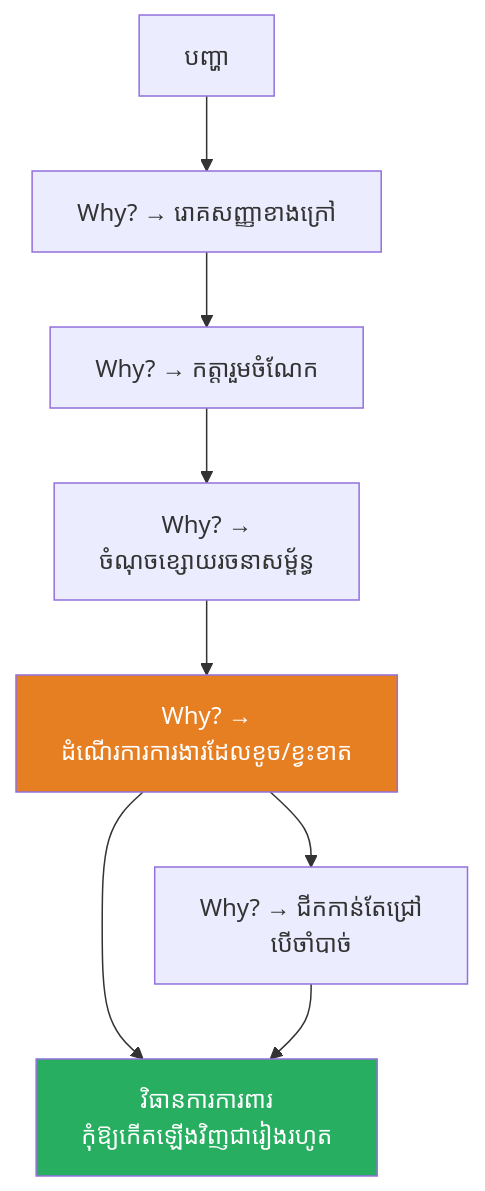
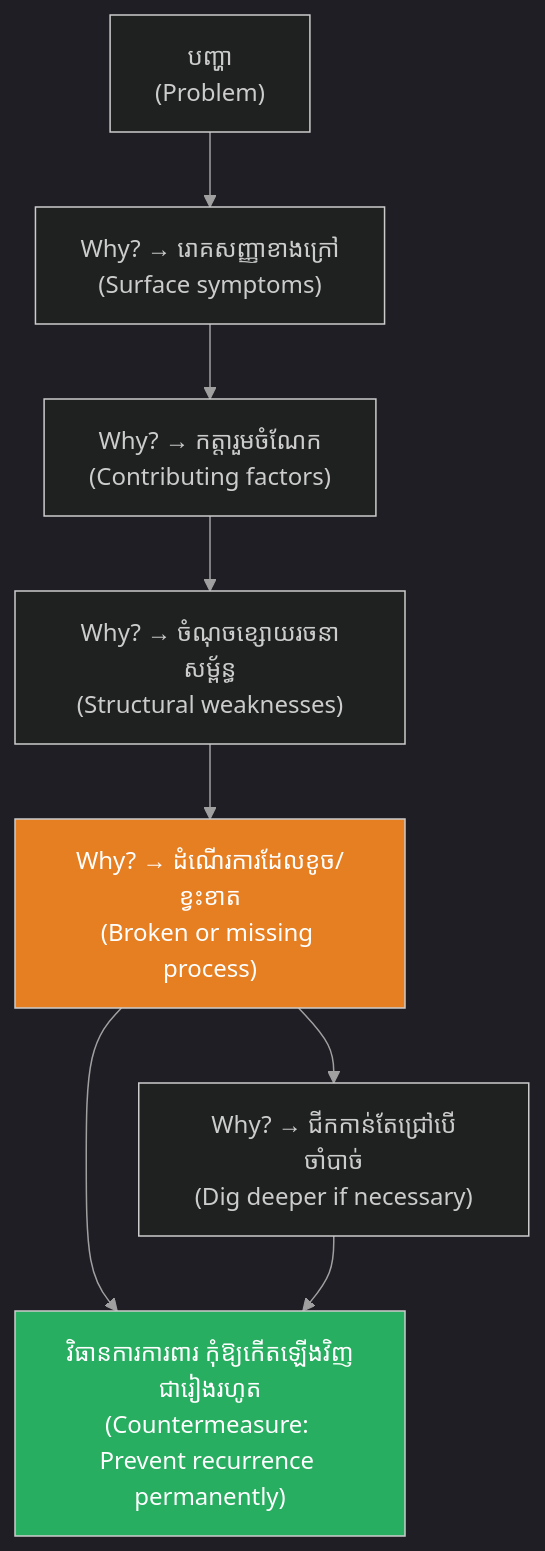
Before and after one commit to GuideStack/iblogger-feeds: the eighth of 8 diagrams in feeds/concepts/articles/02-five-whys-technique.md, drawn with Mermaid. The commit also changed other lines of this file, not shown here.

````diff
--- a/feeds/concepts/articles/02-five-whys-technique.md
+++ b/feeds/concepts/articles/02-five-whys-technique.md
@@ -345,13 +506,22 @@
 ```mermaid
+%%{init: {
+  'theme': 'dark',
+  'themeVariables': {
+    'background': '#1e1e1e',
+    'primaryTextColor': '#ffffff',
+    'lineColor': '#a0a0a0'
+  },
+  'themeCSS': 'svg { background-color: #1e1e1e !important; padding: 1rem !important; border-radius: 8px !important; } .edgeLabel rect { fill: #1e1e1e !important; } text, tspan { fill: #ffffff !important; }'
+}}%%
 graph TD
-    A["បញ្ហា"] --> B["Why? → រោគសញ្ញាខាងក្រៅ"]
-    B --> C["Why? → កត្តារួមចំណែក"]
-    C --> D["Why? →<br/>ចំណុចខ្សោយរចនាសម្ព័ន្ធ"]
-    D --> E["Why? →<br/>ដំណើរការការងារដែលខូច/ខ្វះខាត"]
-    E --> F["វិធានការការពារ<br/>កុំឱ្យកើតឡើងវិញជារៀងរហូត"]
-    E --> G["Why? → ជីកកាន់តែជ្រៅ<br/>បើចាំបាច់"]
+    A["បញ្ហា<br/>(Problem)"] --> B["Why? → រោគសញ្ញាខាងក្រៅ<br/>(Surface symptoms)"]
+    B --> C["Why? → កត្តារួមចំណែក<br/>(Contributing factors)"]
+    C --> D["Why? → ចំណុចខ្សោយរចនាសម្ព័ន្ធ<br/>(Structural weaknesses)"]
+    D --> E["Why? → ដំណើរការដែលខូច/ខ្វះខាត<br/>(Broken or missing process)"]
+    E --> F["វិធានការការពារ កុំឱ្យកើតឡើងវិញជារៀងរហូត<br/>(Countermeasure: Prevent recurrence permanently)"]
+    E --> G["Why? → ជីកកាន់តែជ្រៅបើចាំបាច់<br/>(Dig deeper if necessary)"]
     G --> F
 
     style E fill:#e67e22,color:#fff
     style F fill:#27ae60,color:#fff
 ```
````
